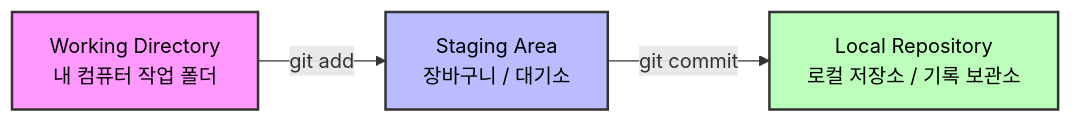
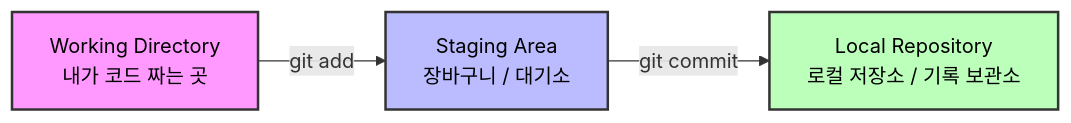
One commit to pr0ved99/TIL changed the diagram in CS/Git/1_add_commit.md. Above: the diagram before and after it, drawn with Mermaid. The commit also changed other lines of this file and 4 other files, not shown here.

````diff
--- a/CS/Git/1_add_commit.md
+++ b/CS/Git/1_add_commit.md
@@ -59,9 +61,9 @@
 ```mermaid
 flowchart LR
-    A[Working Directory<br/>내 컴퓨터 작업 폴더] -- "git add" --> B[Staging Area<br/>장바구니 / 대기소]
+    A[Working Directory<br/>내가 코드 짜는 곳] -- "git add" --> B[Staging Area<br/>장바구니 / 대기소]
     B -- "git commit" --> C[Local Repository<br/>로컬 저장소 / 기록 보관소]
 
     style A fill:#f9f,stroke:#333,stroke-width:2px,color:black
     style B fill:#bbf,stroke:#333,stroke-width:2px,color:black
     style C fill:#bfb,stroke:#333,stroke-width:2px,color:black
 ```
````
